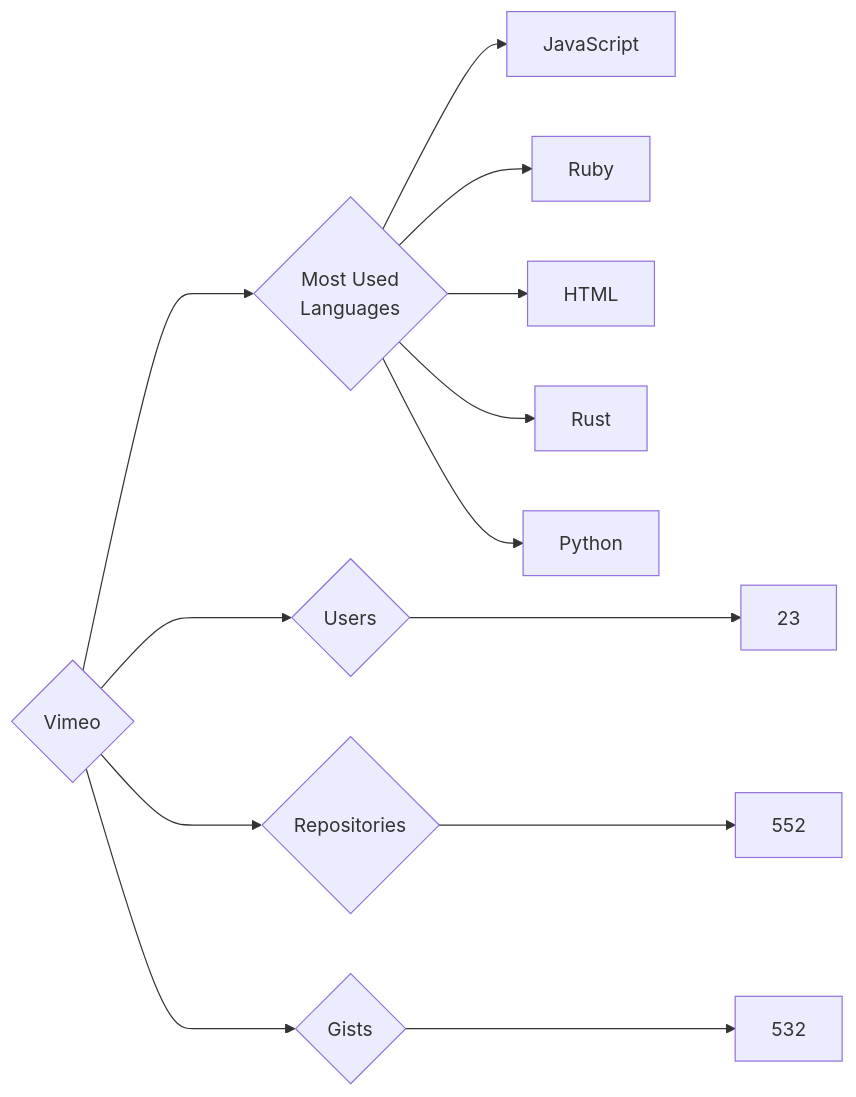
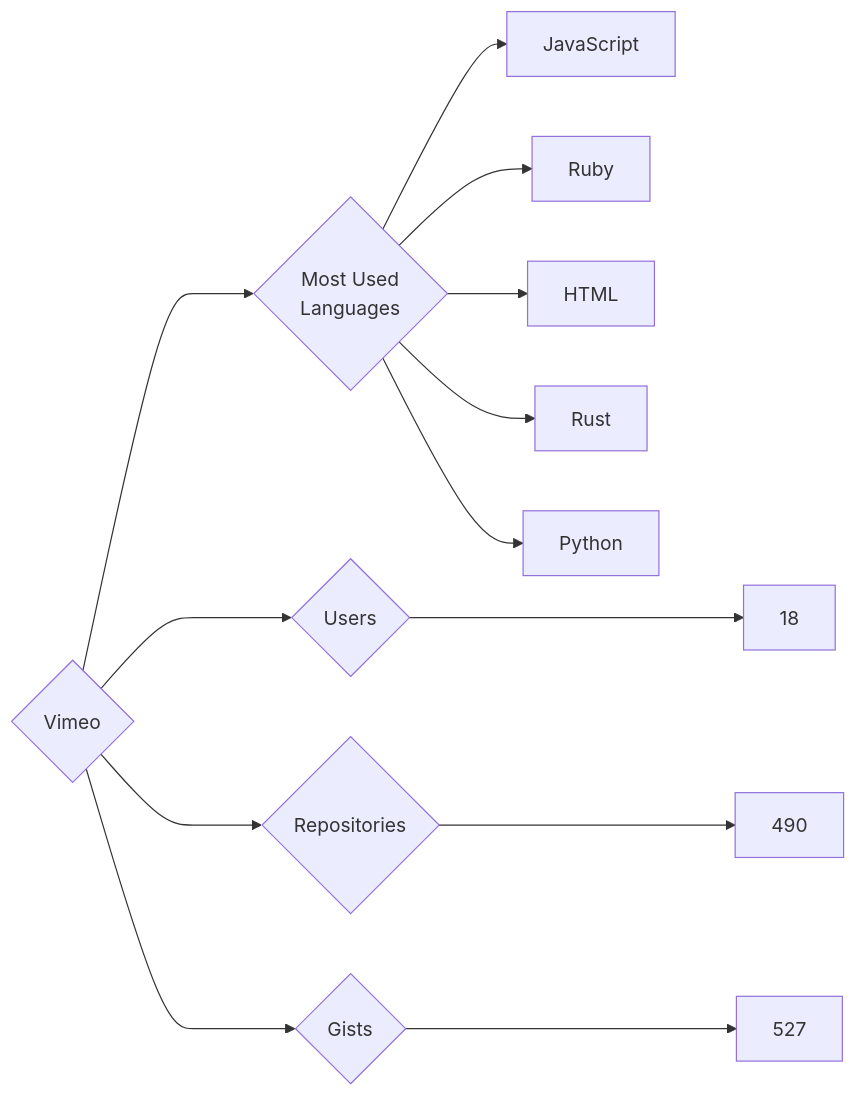
Before and after one commit to trickest/insiders: the diagram in targets/Vimeo/README.md, drawn with Mermaid. The commit also changed 444 other files, not shown here.

````diff
--- a/targets/Vimeo/README.md
+++ b/targets/Vimeo/README.md
@@ -3,13 +3,13 @@
 ```mermaid
 graph LR
 COMPANY_NAME{Vimeo}
-COMPANY_NAME ---> U{Users} ---> UN[23]
-COMPANY_NAME ---> R{Repositories} ---> RN[552]
-COMPANY_NAME ---> G{Gists} ---> GN[532]
+COMPANY_NAME ---> U{Users} ---> UN[18]
+COMPANY_NAME ---> R{Repositories} ---> RN[490]
+COMPANY_NAME ---> G{Gists} ---> GN[527]
 COMPANY_NAME ---> ML{Most Used<br>Languages}
 ML --> JavaScript[JavaScript]
 ML --> Ruby[Ruby]
 ML --> HTML[HTML]
 ML --> Rust[Rust]
 ML --> Python[Python]
 ```
````
